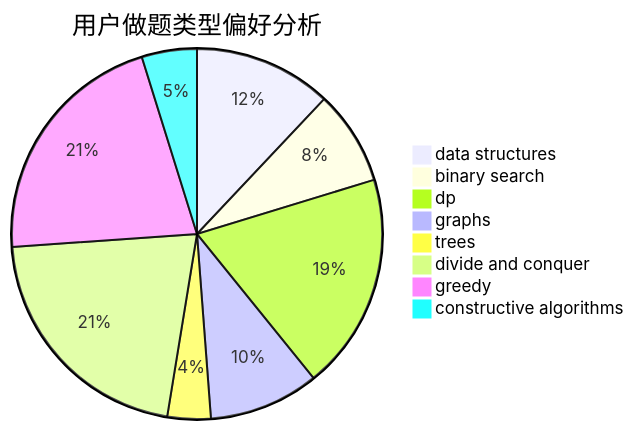
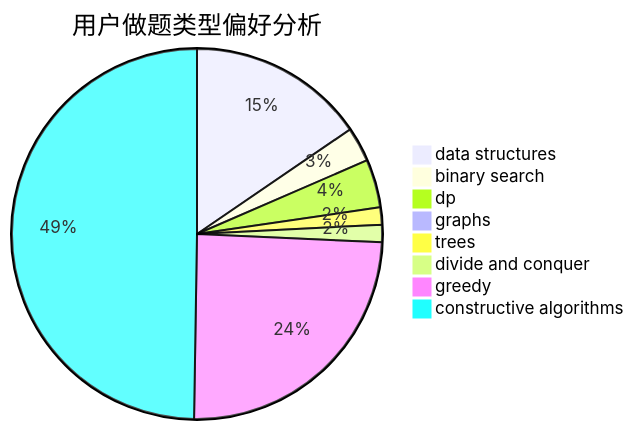
Before and after one commit to sherpahu/cfrs.github.io: the second of 3 diagrams in docs/user/u1248.md, drawn with Mermaid. The commit also changed other lines of this file and 2770 other files, not shown here.

````diff
--- a/docs/user/u1248.md
+++ b/docs/user/u1248.md
@@ -23,11 +23,11 @@
 ```mermaid
 pie title 用户做题类型偏好分析
-    "data structures" :  35
-    "binary search" :  24
-    "dp" :  55
-    "graphs" :  28
-    "trees" :  11
-    "divide and conquer" :  62
-    "greedy" :  62
-    "constructive algorithms" :  14
+    "data structures" :  92
+    "binary search" :  18
+    "dp" :  25
+    "graphs" :  5
+    "trees" :  9
+    "divide and conquer" :  9
+    "greedy" :  146
+    "constructive algorithms" :  296
 ```
````
